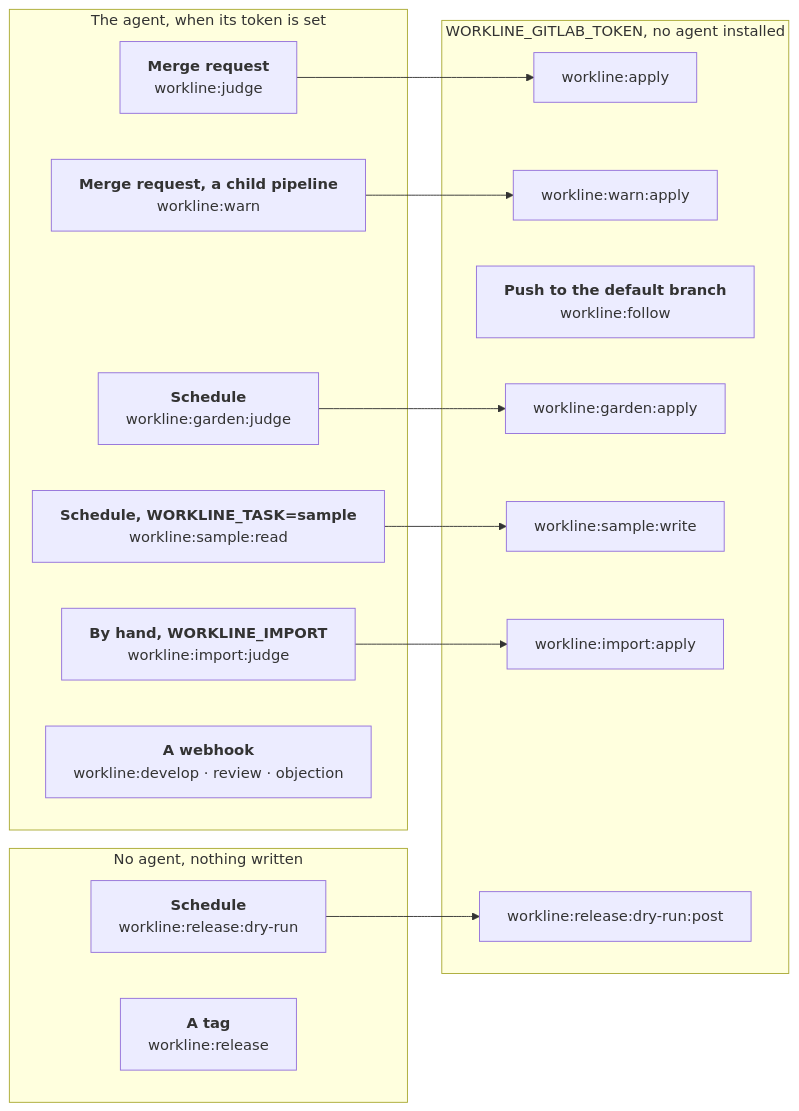
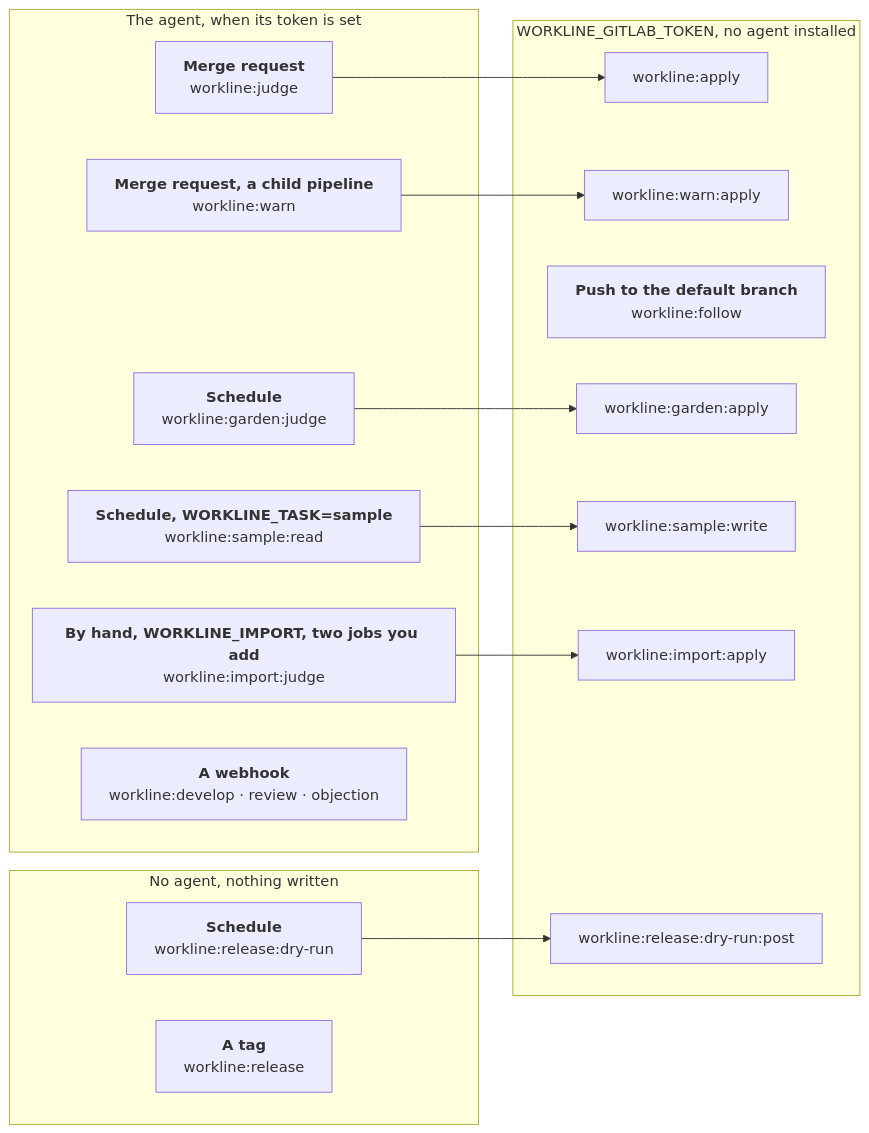
The diagram in docs/ci-gitlab.md (JN0V/workline), drawn with Mermaid before and after one commit. The commit also changed other lines of this file and 6 other files, not shown here.

````diff
--- a/docs/ci-gitlab.md
+++ b/docs/ci-gitlab.md
@@ -9,31 +31,31 @@
 ```mermaid
 %%{init: {"flowchart": {"wrappingWidth": 400}}}%%
 flowchart LR
   subgraph reads["The agent, when its token is set"]
     judge["<b>Merge request</b><br/>workline:judge"]
     warn["<b>Merge request, a child pipeline</b><br/>workline:warn"]
     garden["<b>Schedule</b><br/>workline:garden:judge"]
     sample["<b>Schedule, WORKLINE_TASK=sample</b><br/>workline:sample:read"]
-    import["<b>By hand, WORKLINE_IMPORT</b><br/>workline:import:judge"]
+    import["<b>By hand, WORKLINE_IMPORT, two jobs you add</b><br/>workline:import:judge"]
     hook["<b>A webhook</b><br/>workline:develop · review · objection"]
   end
   subgraph none["No agent, nothing written"]
     dry["<b>Schedule</b><br/>workline:release:dry-run"]
     rel["<b>A tag</b><br/>workline:release"]
   end
   subgraph writes["WORKLINE_GITLAB_TOKEN, no agent installed"]
     apply["workline:apply"]
     wapply["workline:warn:apply"]
     follow["<b>Push to the default branch</b><br/>workline:follow"]
     gapply["workline:garden:apply"]
     swrite["workline:sample:write"]
     iapply["workline:import:apply"]
     dpost["workline:release:dry-run:post"]
   end
   judge --> apply
   warn --> wapply
   garden --> gapply
   sample --> swrite
   import --> iapply
   dry --> dpost
 ```
````
